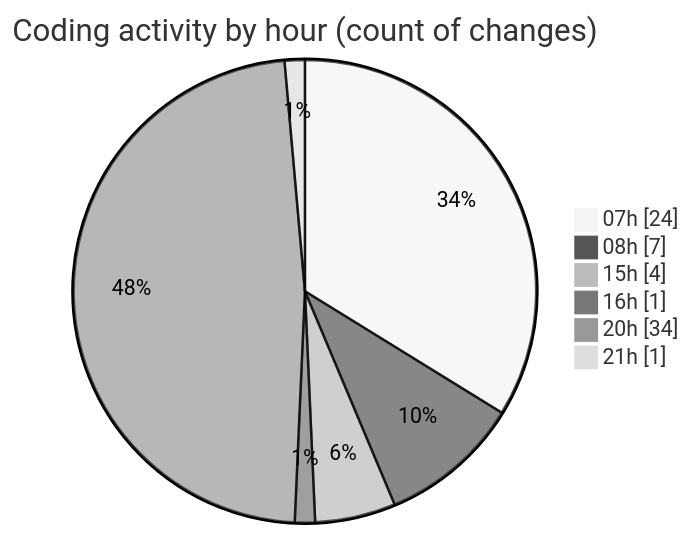
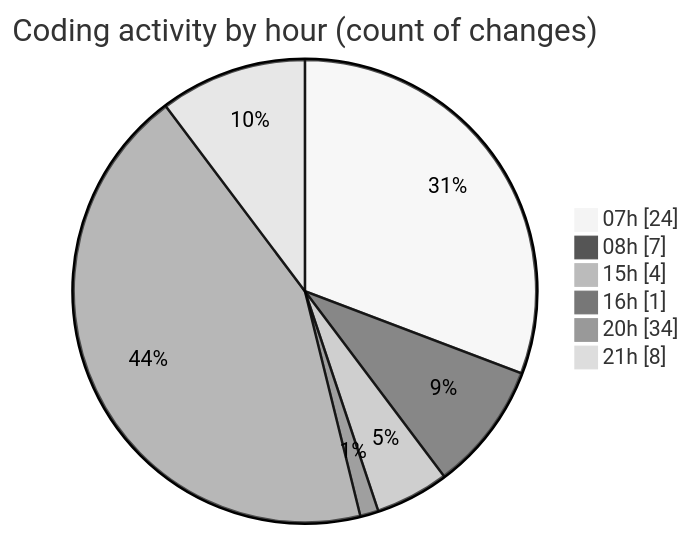
One commit to robertbonfada/code-tracking changed the second of 2 diagrams in 2025-03-10/mbc-web/README.md. Above: the diagram before and after it, drawn with Mermaid (neutral theme). The commit also changed other lines of this file and 1 other file, not shown here.

````diff
--- a/2025-03-10/mbc-web/README.md
+++ b/2025-03-10/mbc-web/README.md
@@ -54,10 +54,10 @@
 ```mermaid
 pie showData
 title Coding activity by hour (count of changes)
 "07h" : 24
 "08h" : 7
 "15h" : 4
 "16h" : 1
 "20h" : 34
-"21h" : 1
+"21h" : 8
 ```
````
